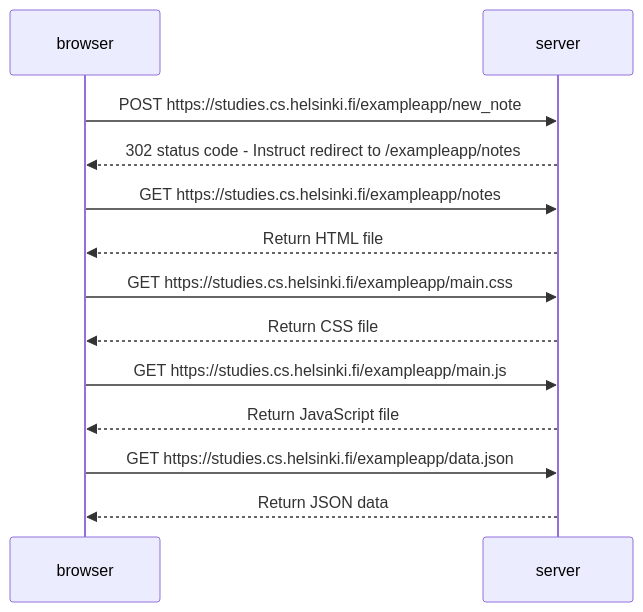
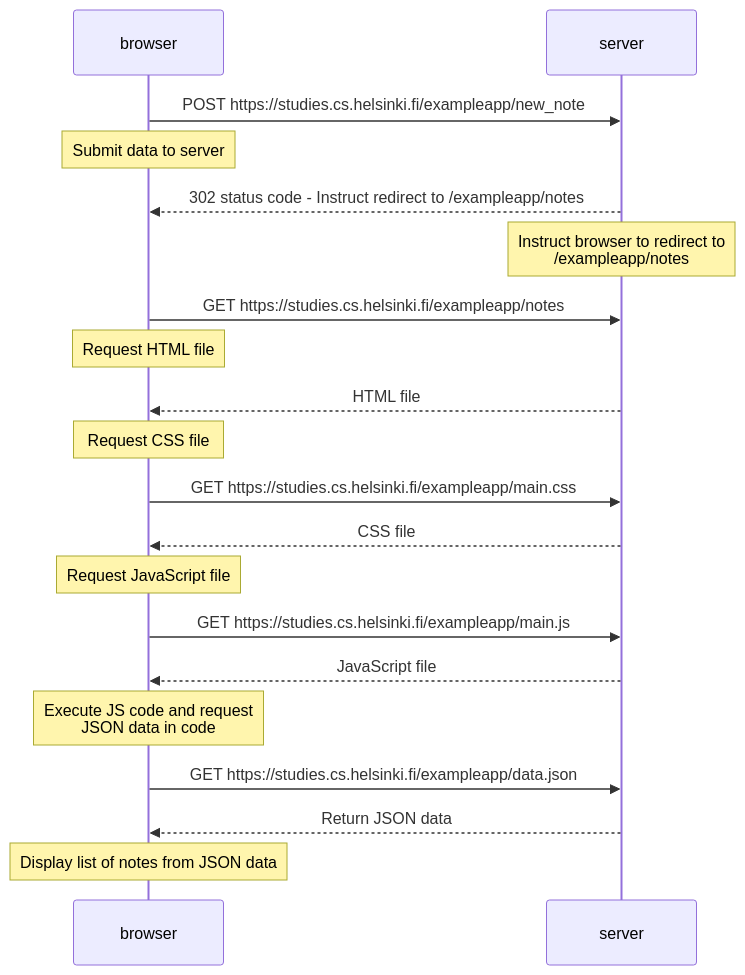
The diagram in part0/submit_new_note_diagram.md (djordje-timotijevic/full-stack-open), drawn with Mermaid before and after one commit.

````diff
--- a/part0/submit_new_note_diagram.md
+++ b/part0/submit_new_note_diagram.md
@@ -1,20 +1,29 @@
 ```mermaid
 sequenceDiagram
     participant browser
     participant server
 
     browser->>server: POST https://studies.cs.helsinki.fi/exampleapp/new_note
+    Note over browser: Submit data to server
     server-->>browser: 302 status code - Instruct redirect to /exampleapp/notes
+    Note over server: Instruct browser to redirect to <br/> /exampleapp/notes
 
     browser->>server: GET https://studies.cs.helsinki.fi/exampleapp/notes
-    server-->>browser: Return HTML file
+    Note over browser: Request HTML file
+    server-->>browser: HTML file
     
+    Note over browser: Request CSS file
     browser->>server: GET https://studies.cs.helsinki.fi/exampleapp/main.css
-    server-->>browser: Return CSS file
+    server-->>browser: CSS file
 
+    Note over browser: Request JavaScript file
     browser->>server: GET https://studies.cs.helsinki.fi/exampleapp/main.js
-    server-->>browser: Return JavaScript file
+    server-->>browser: JavaScript file
+
+    Note over browser: Execute JS code and request <br/> JSON data in code
 
     browser->>server: GET https://studies.cs.helsinki.fi/exampleapp/data.json
     server-->>browser: Return JSON data
+
+    Note over browser: Display list of notes from JSON data
 ```
````
